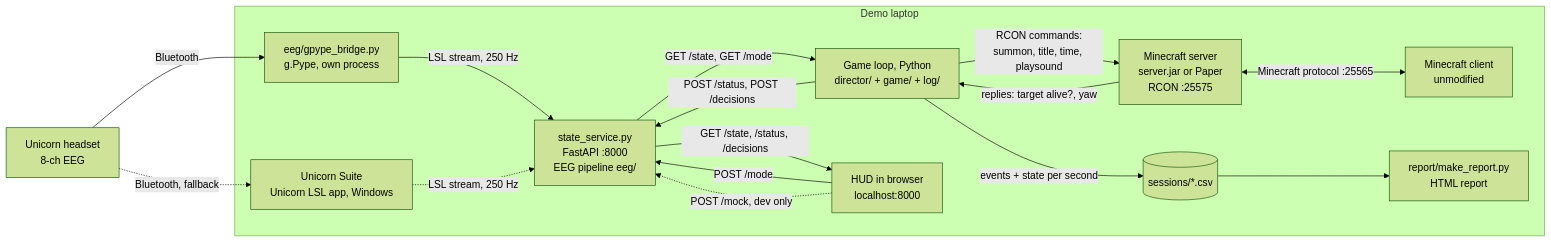
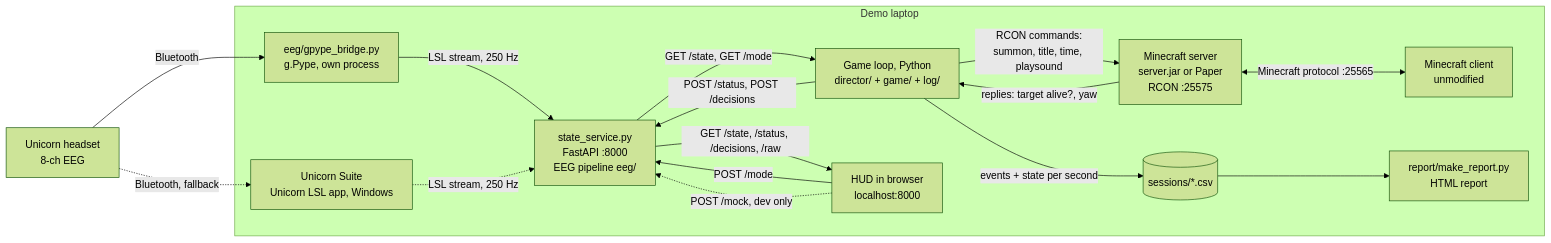
Before and after one commit to danyathecoder/BrainCraft: the first of 2 diagrams in docs/architecture.md, drawn with Mermaid (forest theme). The commit also changed other lines of this file and 2 other files, not shown here.

Commit message:
Document the launcher and the HUD EEG scope
setup.md gets a fast path section for make and the launcher, and the
HUD section explains the raw scope, its channel warnings and that
decisions appear only while the game loop runs. README and
architecture.md list the launcher and the /raw endpoint.

````diff
--- a/docs/architecture.md
+++ b/docs/architecture.md
@@ -9,30 +9,30 @@
 ```mermaid
 flowchart LR
   H["Unicorn headset<br/>8-ch EEG"] -->|"Bluetooth"| US
   H -.->|"Bluetooth, fallback"| UL
 
   subgraph Laptop["Demo laptop"]
     US["eeg/gpype_bridge.py<br/>g.Pype, own process"]
     UL["Unicorn Suite<br/>Unicorn LSL app, Windows"]
     SS["state_service.py<br/>FastAPI :8000<br/>EEG pipeline eeg/"]
     GL["Game loop, Python<br/>director/ + game/ + log/"]
     MS["Minecraft server<br/>server.jar or Paper<br/>RCON :25575"]
     MC["Minecraft client<br/>unmodified"]
     HUD["HUD in browser<br/>localhost:8000"]
     CSV[("sessions/*.csv")]
     REP["report/make_report.py<br/>HTML report"]
   end
 
   US -->|"LSL stream, 250 Hz"| SS
   UL -.->|"LSL stream, 250 Hz"| SS
   SS -->|"GET /state, GET /mode"| GL
   GL -->|"POST /status, POST /decisions"| SS
   GL -->|"RCON commands:<br/>summon, title, time, playsound"| MS
   MS -->|"replies: target alive?, yaw"| GL
   MS <-->|"Minecraft protocol :25565"| MC
-  SS -->|"GET /state, /status, /decisions"| HUD
+  SS -->|"GET /state, /status, /decisions, /raw"| HUD
   HUD -->|"POST /mode"| SS
   HUD -.->|"POST /mock, dev only"| SS
   GL -->|"events + state per second"| CSV
   CSV --> REP
 ```
````
